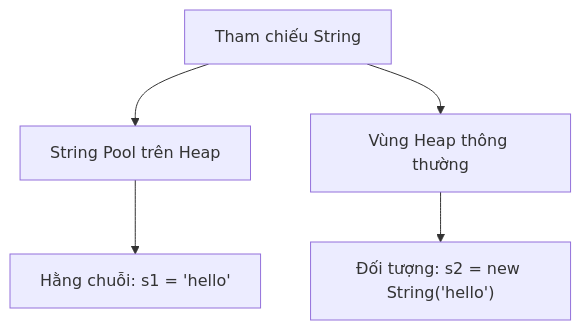
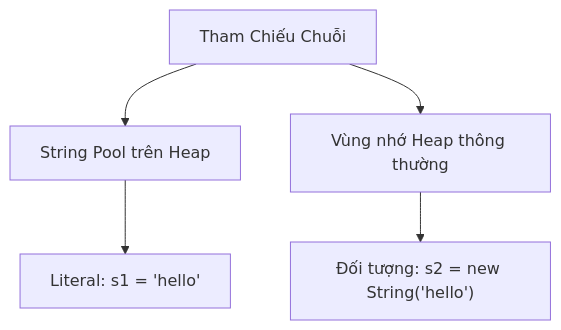
The diagram in vi/08-string/README.md (PhuThien2005/theoretical-of-java-core), drawn with Mermaid before and after one commit. The commit also changed other lines of this file and 229 other files, not shown here.

````diff
--- a/vi/08-string/README.md
+++ b/vi/08-string/README.md
@@ -23,7 +23,7 @@
 ```mermaid
 flowchart TD
-    A[Tham chiếu String] --> B[String Pool trên Heap]
-    A --> C[Vùng Heap thông thường]
-    B --> B1["Hằng chuỗi: s1 = 'hello'"]
+    A[Tham Chiếu Chuỗi] --> B[String Pool trên Heap]
+    A --> C[Vùng nhớ Heap thông thường]
+    B --> B1["Literal: s1 = 'hello'"]
     C --> C1["Đối tượng: s2 = new String('hello')"]
 ```
````
